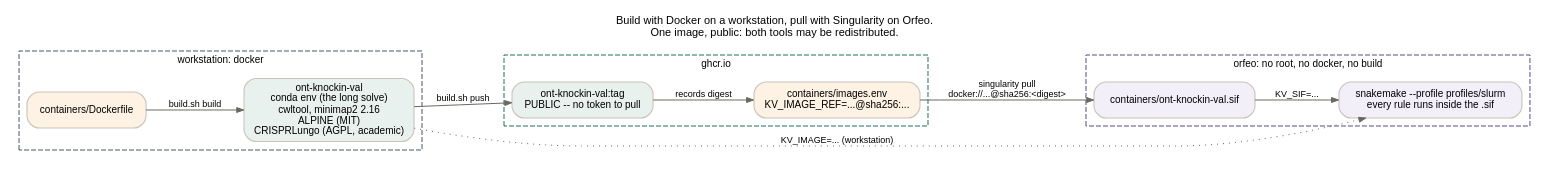
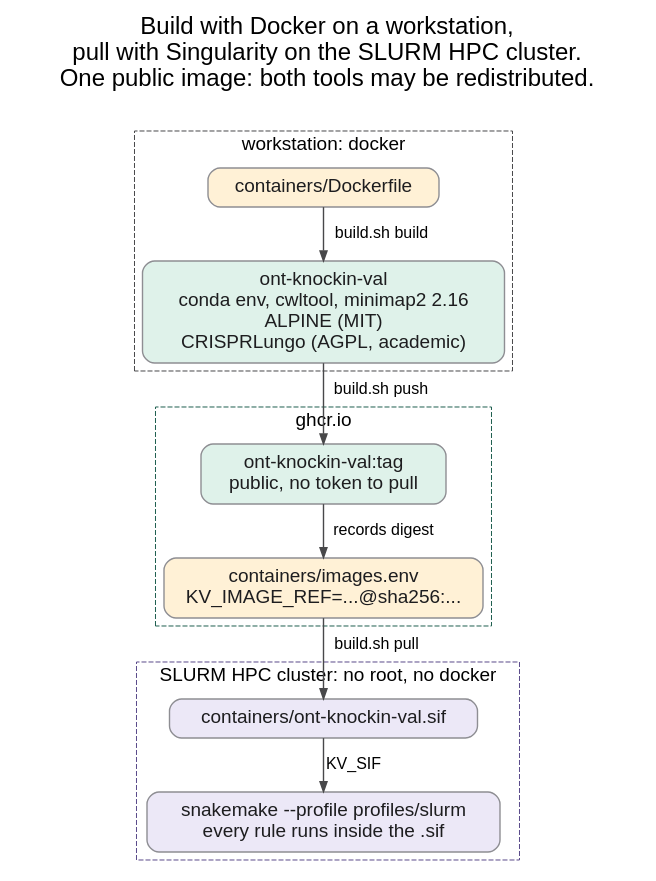
Before and after one commit to ssenci97/ONT-CRISPR-knock-in: the diagram in docs/diagrams/05_containers.dot, drawn with Graphviz. The commit also changed 27 other files, not shown here.

```diff
--- a/docs/diagrams/05_containers.dot
+++ b/docs/diagrams/05_containers.dot
@@ -1,29 +1,28 @@
 digraph containers {
-  graph [rankdir=LR, bgcolor="white", fontname="Helvetica", fontsize=11, labelloc=t,
-         label="Build with Docker on a workstation, pull with Singularity on Orfeo.\nOne image, public: both tools may be redistributed."];
-  node [fontname="Helvetica", fontsize=10, shape=box, style="rounded,filled", color="#c9c4bb", penwidth=1.1];
-  edge [color="#6b6862", arrowsize=0.7, fontsize=9, fontname="Helvetica"];
+  graph [rankdir=TB, bgcolor="white", fontname="Helvetica", fontsize=24, labelloc=t, nodesep=0.35, ranksep=0.5,
+         label="Build with Docker on a workstation,\npull with Singularity on the SLURM HPC cluster.\nOne public image: both tools may be redistributed.\n "];
+  node [fontname="Helvetica", fontsize=19, shape=box, style="rounded,filled", color="#8e8e93", penwidth=1.4, fontcolor="#1d1d1f", margin="0.2,0.12"];
+  edge [color="#48484a", arrowsize=1.0, penwidth=1.4, fontname="Helvetica", fontsize=16];
 
   subgraph cluster_ws {
-    label="workstation: docker"; fontname="Helvetica"; fontsize=10; color="#4a5568"; style=dashed;
-    dfile [label="containers/Dockerfile", fillcolor="#fdf2e3"];
-    img [label="ont-knockin-val\nconda env (the long solve)\ncwltool, minimap2 2.16\nALPINE (MIT)\nCRISPRLungo (AGPL, academic)", fillcolor="#e8f1ee"];
+    label="workstation: docker"; fontname="Helvetica"; fontsize=19; color="#48484a"; style=dashed;
+    dfile [label="containers/Dockerfile", fillcolor="#fff1d6"];
+    img [label="ont-knockin-val\nconda env, cwltool, minimap2 2.16\nALPINE (MIT)\nCRISPRLungo (AGPL, academic)", fillcolor="#dff2ea"];
   }
   subgraph cluster_ghcr {
-    label="ghcr.io"; fontname="Helvetica"; fontsize=10; color="#1f6f5c"; style=dashed;
-    pub [label="ont-knockin-val:tag\nPUBLIC -- no token to pull", fillcolor="#e8f1ee"];
-    dig [label="containers/images.env\nKV_IMAGE_REF=...@sha256:...", fillcolor="#fdf2e3"];
+    label="ghcr.io"; fontname="Helvetica"; fontsize=19; color="#1f5f4f"; style=dashed;
+    pub [label="ont-knockin-val:tag\npublic, no token to pull", fillcolor="#dff2ea"];
+    dig [label="containers/images.env\nKV_IMAGE_REF=...@sha256:...", fillcolor="#fff1d6"];
   }
-  subgraph cluster_orfeo {
-    label="orfeo: no root, no docker, no build"; fontname="Helvetica"; fontsize=10; color="#5a4a8a"; style=dashed;
-    sif [label="containers/ont-knockin-val.sif", fillcolor="#f2eff9"];
-    run [label="snakemake --profile profiles/slurm\nevery rule runs inside the .sif", fillcolor="#f2eff9"];
+  subgraph cluster_hpc {
+    label="SLURM HPC cluster: no root, no docker"; fontname="Helvetica"; fontsize=19; color="#5a4a8a"; style=dashed;
+    sif [label="containers/ont-knockin-val.sif", fillcolor="#ece8f7"];
+    run [label="snakemake --profile profiles/slurm\nevery rule runs inside the .sif", fillcolor="#ece8f7"];
   }
 
-  dfile -> img [label="build.sh build"];
-  img -> pub [label="build.sh push"];
-  pub -> dig [label="records digest"];
-  dig -> sif [label="singularity pull\ndocker://...@sha256:<digest>"];
-  sif -> run [label="KV_SIF=..."];
-  img -> run [style=dotted, label="KV_IMAGE=... (workstation)"];
+  dfile -> img [label=" build.sh build"];
+  img -> pub [label=" build.sh push"];
+  pub -> dig [label=" records digest"];
+  dig -> sif [label=" build.sh pull"];
+  sif -> run [label=" KV_SIF"];
 }
```
